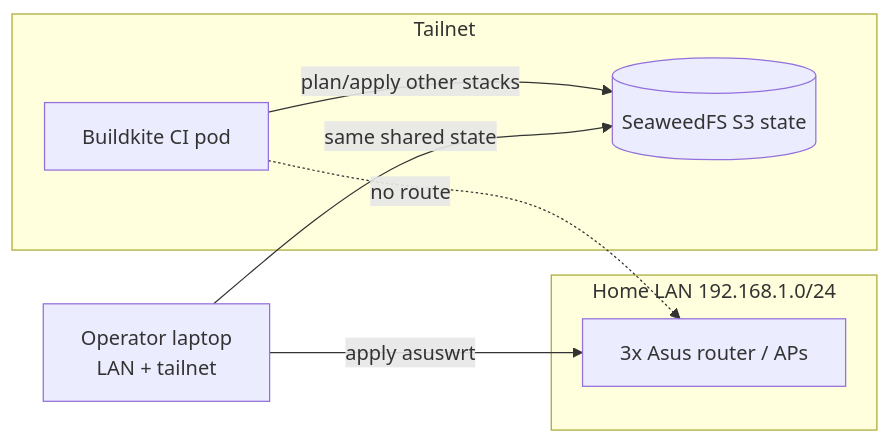
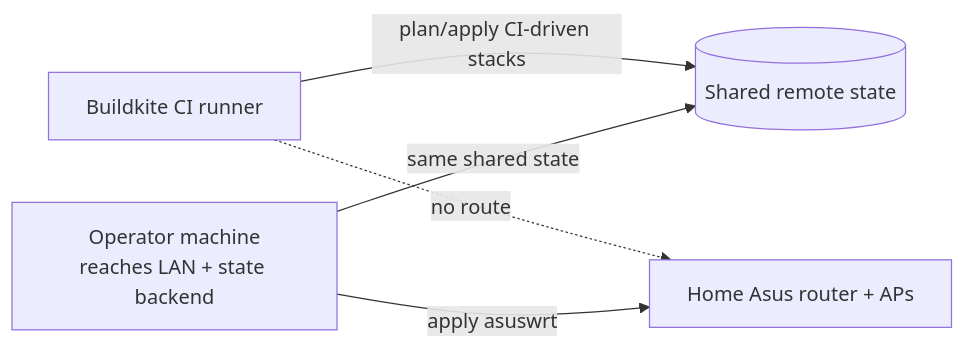
One commit to shepherdjerred/monorepo changed the diagram in packages/docs/wiki/src/content/docs/homelab/asuswrt-router-tracking.md. Above: the diagram before and after it, drawn with Mermaid. The commit also changed other lines of this file, not shown here.

First line of the commit message:
docs(docs): redact private details and fix the CI claim in the router-tracking wiki page

````diff
--- a/packages/docs/wiki/src/content/docs/homelab/asuswrt-router-tracking.md
+++ b/packages/docs/wiki/src/content/docs/homelab/asuswrt-router-tracking.md
@@ -31,19 +28,15 @@
 ```mermaid
 flowchart LR
-    accTitle: Where the asuswrt stack is applied versus every other Tofu stack
-    accDescr: Buildkite CI applies the other Tofu stacks over the tailnet to SeaweedFS, but cannot reach the LAN routers; the operator laptop, on both LAN and tailnet, applies the asuswrt stack to the same SeaweedFS state.
+    accTitle: Where the asuswrt stack is applied versus the CI-driven Tofu stacks
+    accDescr: CI applies the CI-driven Tofu stacks to the shared remote state but has no route to the home LAN devices; an operator machine that can reach both the LAN and the state backend applies the asuswrt stack to the same shared state.
 
-    subgraph tailnet[Tailnet]
-        ci[Buildkite CI pod]
-        state[(SeaweedFS S3 state)]
-    end
-    subgraph lan[Home LAN 192.168.1.0/24]
-        routers[3x Asus router / APs]
-    end
-    laptop[Operator laptop\nLAN + tailnet]
+    ci[Buildkite CI runner]
+    state[(Shared remote state)]
+    router[Home Asus router + APs]
+    operator[Operator machine\nreaches LAN + state backend]
 
-    ci -->|plan/apply other stacks| state
-    ci -.->|no route| routers
-    laptop -->|apply asuswrt| routers
-    laptop -->|same shared state| state
+    ci -->|plan/apply CI-driven stacks| state
+    ci -.->|no route| router
+    operator -->|apply asuswrt| router
+    operator -->|same shared state| state
 ```
````
